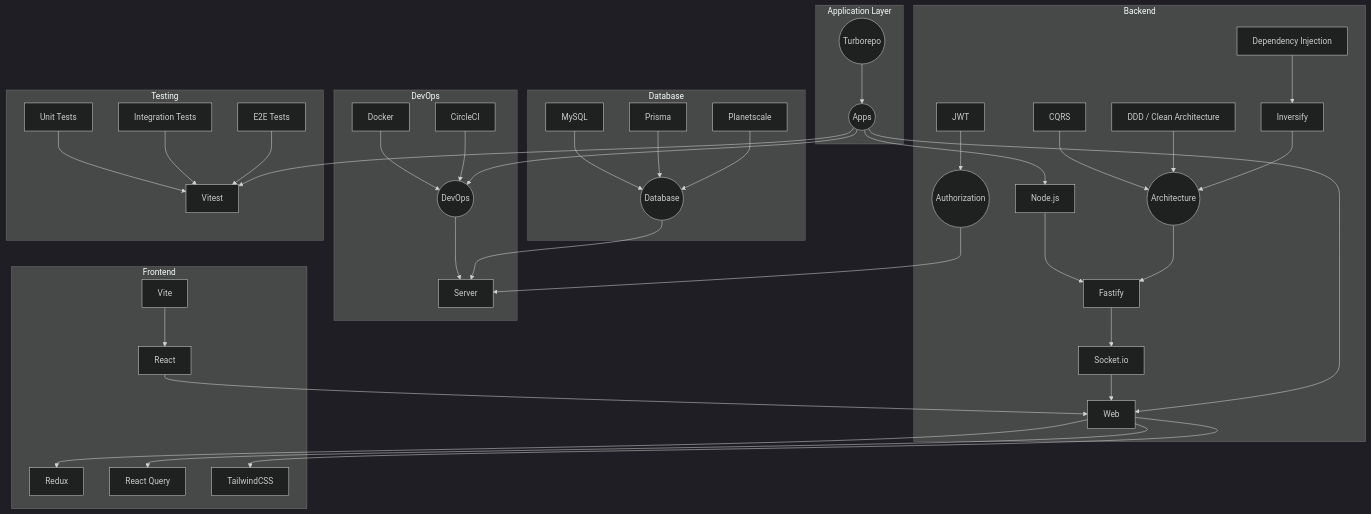
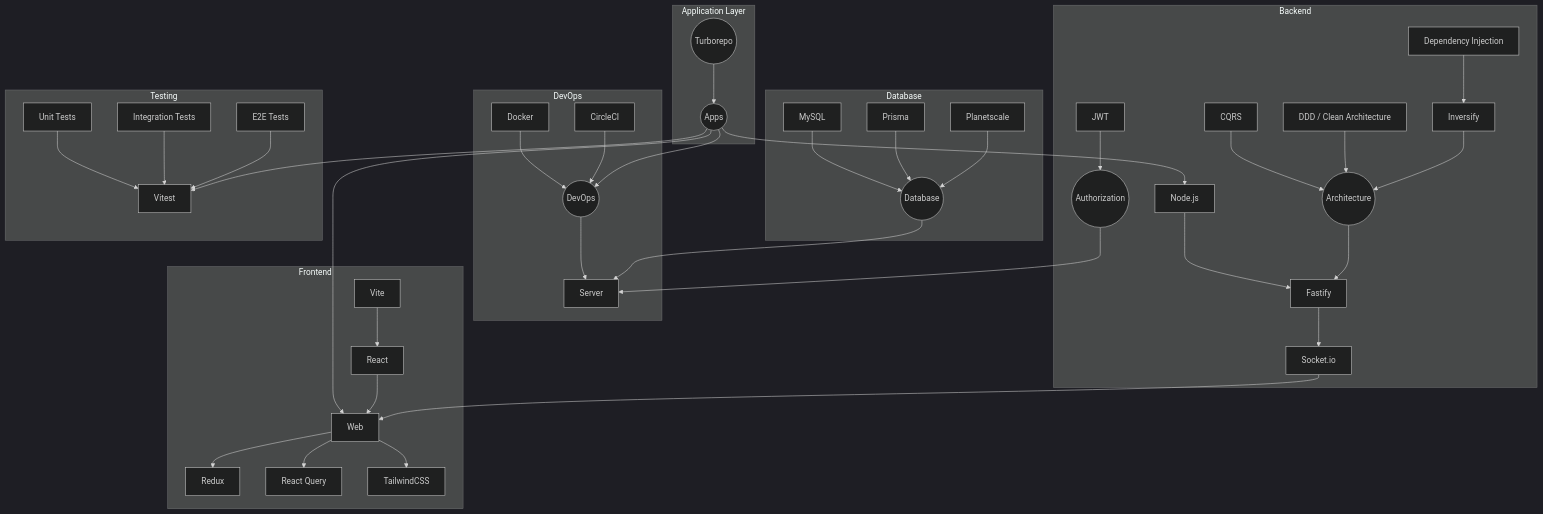
The diagram in README.md (Kluzko/votemate), drawn with Mermaid (dark theme) before and after one commit. The commit also changed other lines of this file, not shown here.

````diff
--- a/README.md
+++ b/README.md
@@ -31,53 +34,54 @@
 ```mermaid
 graph TB;
 
 subgraph Application Layer
     apps((Apps)) 
     turborepo((Turborepo)) --> apps;
 end
 
 subgraph DevOps
     devops((DevOps)) --> server[Server];
     Docker --> devops;
     circleci[CircleCI] --> devops;
     apps --> devops;
 end
 
 subgraph Database
     db((Database)) --> server;
     mysql[MySQL] --> db;
     prisma[Prisma] --> db;
     planetscale[Planetscale] --> db;
 end
 
 subgraph Backend
     node[Node.js] --> fastify[Fastify];
     architecture((Architecture)) --> fastify;
     fastify --> socket[Socket.io];
     cqrs[CQRS] --> architecture;
     ddd[DDD / Clean Architecture] --> architecture;
     dependency[Dependency Injection] --> inversify[Inversify];
     inversify --> architecture;
     jwt[JWT] --> authorization((Authorization));
     authorization --> server;
     apps --> node;
-    socket --> web[Web];
 end
 
 subgraph Frontend
-    apps --> web;
+    apps --> web[Web];
     vite[Vite] --> react[React];
     react --> web;
     web --> redux[Redux];
     web --> reactquery[React Query];
     web --> tailwind[TailwindCSS];
+    socket[Socket.io] --> web;
 end
 
 subgraph Testing
     Vitest[Vitest]
     unit[Unit Tests] --> Vitest;
     integration[Integration Tests] --> Vitest;
     e2e[E2E Tests] --> Vitest;
     apps --> Vitest;
 end
+
 ```
````
